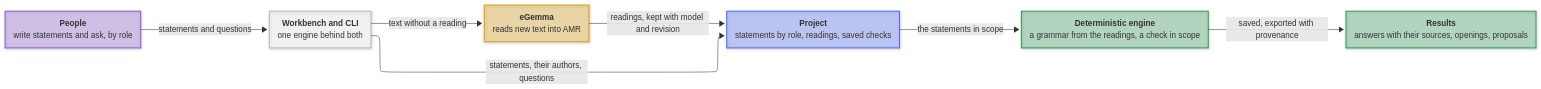
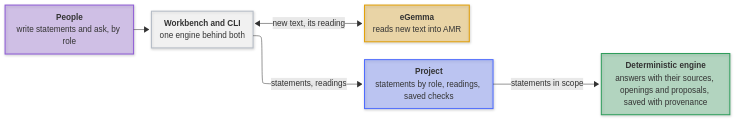
One commit to mirzahusadzic/tendora changed the first of 2 diagrams in README.md. Above: the diagram before and after it, drawn with Mermaid. The commit also changed 2 other files, not shown here.

Commit message:
docs: diagrams that branch instead of running in one long line
Rendered with mermaid-cli, the README's architecture graph was 3,099 px
by 176, the tour's question-and-answer graph 2,598 by 112 and its recoil
sideways graph 1,514 by 112: one long row each, unreadable once scaled
to a page. eGemma now sits beside the project (text out, its reading
back) and the engine names what it gives (1,467 by 236); the question
and the case come in side by side, the question asking for the
conclusion the chain reaches (1,689 by 272); the questions that share a
statement stand side by side (729 by 248). Nodes wrap at 220-240 px.

````diff
--- a/README.md
+++ b/README.md
@@ -18,61 +18,55 @@
 ```mermaid
 ---
 config:
     layout: elk
     look: neo
     flowchart:
-        wrappingWidth: 400
+        wrappingWidth: 220
     themeCSS: >-
         foreignObject { overflow: visible; }
         .edgeLabel, .edgeLabel p, .edgeLabel span {
         background: transparent !important; }
         .edgeLabel rect { fill: transparent !important; }
         .labelBkg { --knock: var(--vscode-editor-background,
         var(--bgColor-default, rgb(from currentColor
         clamp(30, (128 - r) * 100, 255) clamp(30, (128 - r) * 100, 255)
         clamp(30, (128 - r) * 100, 255)))); --ring: var(--knock);
         --fill: color-mix(in srgb, var(--ring) 30%, var(--knock));
         background: var(--fill) !important; border-radius: 4px;
         box-shadow: 0 0 0 5px var(--fill), 0 0 0 7px var(--ring); }
-        .label[data-id^="L_PE_"] .labelBkg { --ring: #8e5bd6; }
         .label[data-id^="L_IF_"] .labelBkg { --ring: #b5bcc6; }
-        .label[data-id^="L_EG_"] .labelBkg { --ring: #e3a008; }
         .label[data-id^="L_PJ_"] .labelBkg { --ring: #4d6bfe; }
-        .label[data-id^="L_EN_"] .labelBkg { --ring: #2e9e5b; }
         .edgeLabel p, .edgeLabel span, .edgeLabel text {
         --halo: var(--fill, var(--vscode-editor-background,
         var(--bgColor-default,
         rgb(from currentColor clamp(0, (128 - r) * 100, 255)
         clamp(0, (128 - r) * 100, 255) clamp(0, (128 - r) * 100, 255)))));
         text-shadow: 1px 0 var(--halo), -1px 0 var(--halo),
         0 1px var(--halo), 0 -1px var(--halo), 1px 1px var(--halo),
         -1px -1px var(--halo), 1px -1px var(--halo), -1px 1px var(--halo),
         0 0 3px var(--halo), 0 0 4px var(--halo); }
 ---
 flowchart LR
     PE["<b>People</b><br/>write statements and ask, by role"]
     IF["<b>Workbench and CLI</b><br/>one engine behind both"]
     EG["<b>eGemma</b><br/>reads new text into AMR"]
     PJ["<b>Project</b><br/>statements by role, readings, saved checks"]
-    EN["<b>Deterministic engine</b><br/>a grammar from the readings, a check in scope"]
-    OUT["<b>Results</b><br/>answers with their sources, openings, proposals"]
+    EN["<b>Deterministic engine</b><br/>answers with their sources, openings and proposals, saved with provenance"]
 
-    PE -->|"statements and questions"| IF
-    IF -->|"text without a reading"| EG
-    IF -->|"statements, their authors, questions"| PJ
-    EG -->|"readings, kept with model and revision"| PJ
-    PJ -->|"the statements in scope"| EN
-    EN -->|"saved, exported with provenance"| OUT
+    PE --> IF
+    IF <-->|"new text, its reading"| EG
+    IF -->|"statements, readings"| PJ
+    PJ -->|"statements in scope"| EN
 
     classDef default fill:#8a96a82e,stroke:#8a96a8,stroke-width:1px
     classDef person fill:#8e5bd64d,stroke:#8e5bd6,stroke-width:2px
     classDef interface fill:#ffffff40,stroke:#b5bcc6,stroke-width:2px
     classDef service fill:#e3a0084d,stroke:#e3a008,stroke-width:2px
     classDef kept fill:#4d6bfe4d,stroke:#4d6bfe,stroke-width:2px
     classDef engine fill:#2e9e5b4d,stroke:#2e9e5b,stroke-width:2px
     class PE person
     class IF interface
     class EG service
     class PJ kept
-    class EN,OUT engine
+    class EN engine
 ```
````
